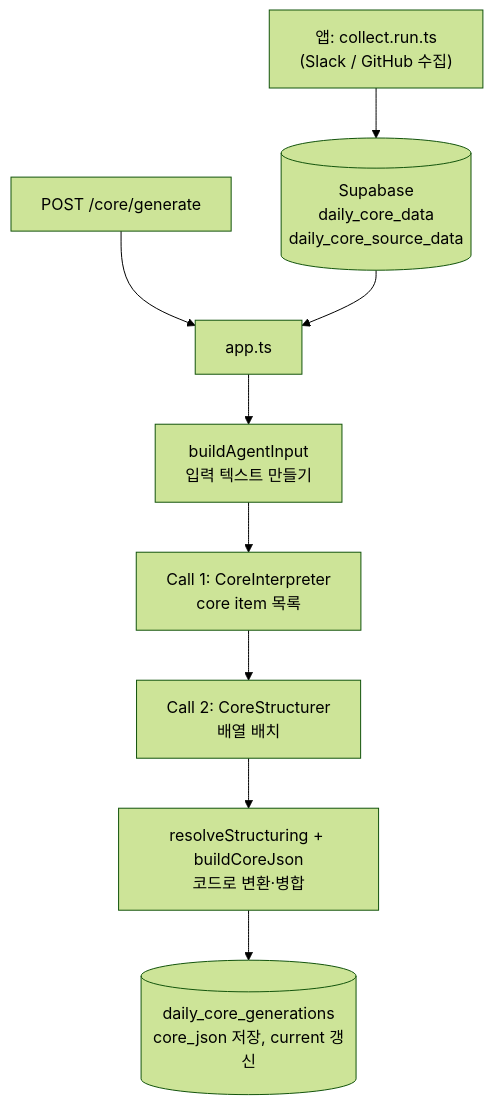
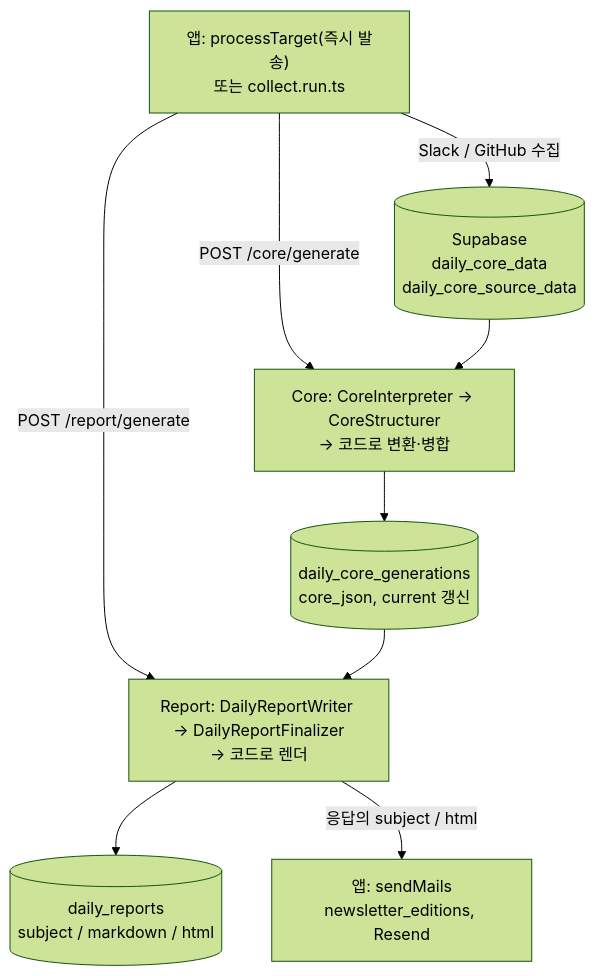
Before and after one commit to Jinu-hub/IEUM: the diagram in flue/README.md, drawn with Mermaid (forest theme). The commit also changed other lines of this file and 2 other files, not shown here.

First line of the commit message:
docs(flue): bring README up to date with the Daily Report pipeline

````diff
--- a/flue/README.md
+++ b/flue/README.md
@@ -7,11 +9,11 @@
 ```mermaid
 flowchart TD
-  A["앱: collect.run.ts<br/>(Slack / GitHub 수집)"] --> B[("Supabase<br/>daily_core_data<br/>daily_core_source_data")]
-  C["POST /core/generate"] --> D["app.ts"]
-  B --> D
-  D --> E["buildAgentInput<br/>입력 텍스트 만들기"]
-  E --> F["Call 1: CoreInterpreter<br/>core item 목록"]
-  F --> G["Call 2: CoreStructurer<br/>배열 배치"]
-  G --> H["resolveStructuring + buildCoreJson<br/>코드로 변환·병합"]
-  H --> I[("daily_core_generations<br/>core_json 저장, current 갱신")]
+  A["앱: processTarget(즉시 발송)<br/>또는 collect.run.ts"] -->|"Slack / GitHub 수집"| B[("Supabase<br/>daily_core_data<br/>daily_core_source_data")]
+  A -->|"POST /core/generate"| C["Core: CoreInterpreter → CoreStructurer<br/>→ 코드로 변환·병합"]
+  B --> C
+  C --> D[("daily_core_generations<br/>core_json, current 갱신")]
+  A -->|"POST /report/generate"| E["Report: DailyReportWriter → DailyReportFinalizer<br/>→ 코드로 렌더"]
+  D --> E
+  E --> F[("daily_reports<br/>subject / markdown / html")]
+  E -->|"응답의 subject / html"| G["앱: sendMails<br/>newsletter_editions, Resend"]
 ```
````
